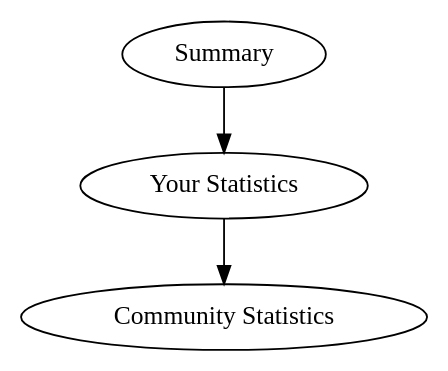
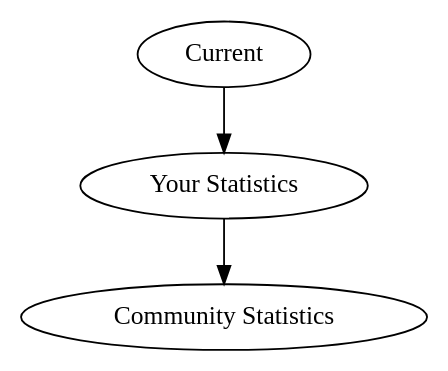
Before and after one commit to qmlbook/qmlbook: the third of 3 diagrams in docs/controls/controls.rst, drawn with Graphviz. The commit also changed other lines of this file and 10 other files, not shown here.

```diff
--- a/docs/controls/controls.rst
+++ b/docs/controls/controls.rst
@@ -319,4 +319,4 @@
 .. digraph:: side_by_side_screens
 
-    "Summary" -> "Your Statistics"
+    "Current" -> "Your Statistics"
     "Your Statistics" -> "Community Statistics"
```
